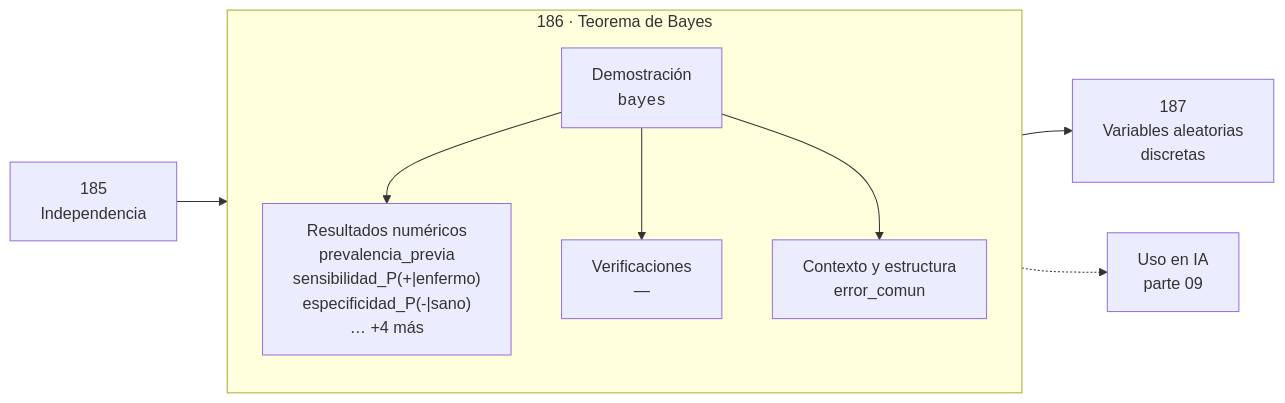
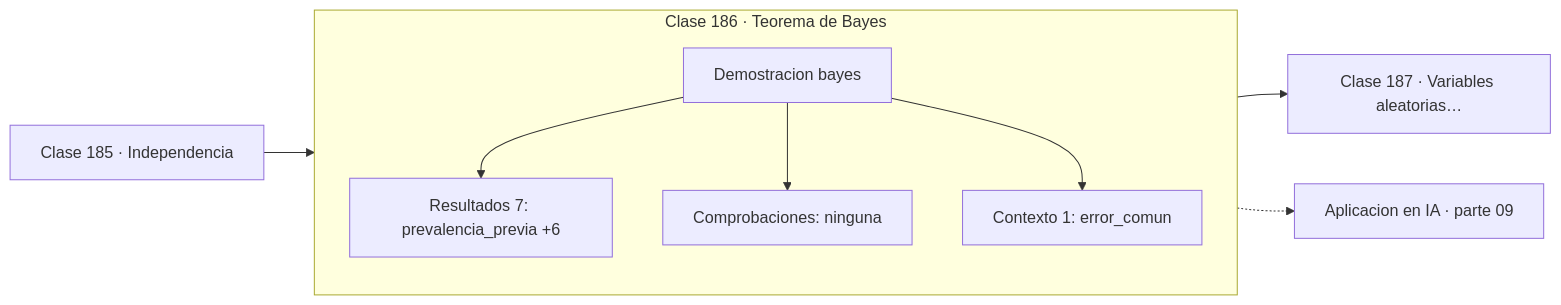
One commit to vladimiracunadev-create/computational-mathematics-program changed the diagram in classes/part-09-probabilidad-y-procesos-aleatorios/186-teorema-de-bayes/README.md. Above: the diagram before and after it, drawn with Mermaid. The commit also changed 389 other files, not shown here.

First line of the commit message:
fix(diagramas): elimina el HTML de las etiquetas Mermaid

````diff
--- a/classes/part-09-probabilidad-y-procesos-aleatorios/186-teorema-de-bayes/README.md
+++ b/classes/part-09-probabilidad-y-procesos-aleatorios/186-teorema-de-bayes/README.md
@@ -30,12 +30,13 @@
 ```mermaid
 flowchart LR
-    P["185<br/>Independencia"] --> C
-    subgraph C["186 · Teorema de Bayes"]
+    P["Clase 185 · Independencia"] --> D
+    subgraph CLASE["Clase 186 · Teorema de Bayes"]
         direction TB
-        D["Demostración<br/><code>bayes</code>"] --> R["Resultados numéricos<br/>prevalencia_previa<br/>sensibilidad_P(+|enfermo)<br/>especificidad_P(-|sano)<br/>… +4 más"]
-        D --> V["Verificaciones<br/>—"]
-        D --> O["Contexto y estructura<br/>error_comun"]
+        D["Demostracion bayes"]
+        D --> R["Resultados 7: prevalencia_previa +6"]
+        D --> V["Comprobaciones: ninguna"]
+        D --> O["Contexto 1: error_comun"]
     end
-    C --> N["187<br/>Variables aleatorias<br/>discretas"]
-    C -.-> IA["Uso en IA<br/>parte 09"]
+    R --> N["Clase 187 · Variables aleatorias…"]
+    V -.-> IA["Aplicacion en IA · parte 09"]
 ```
````
